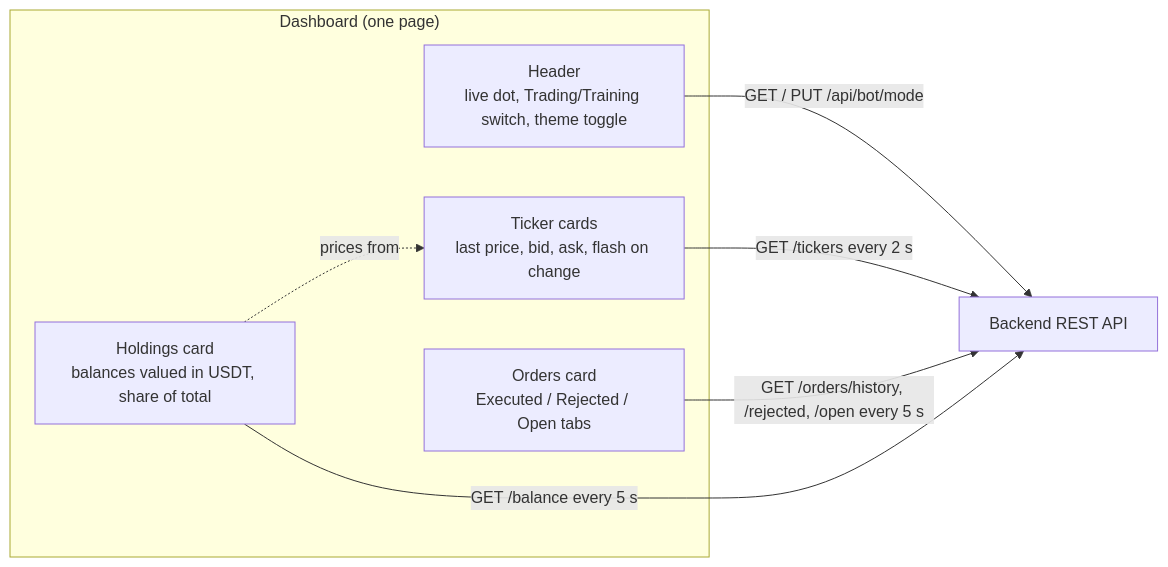
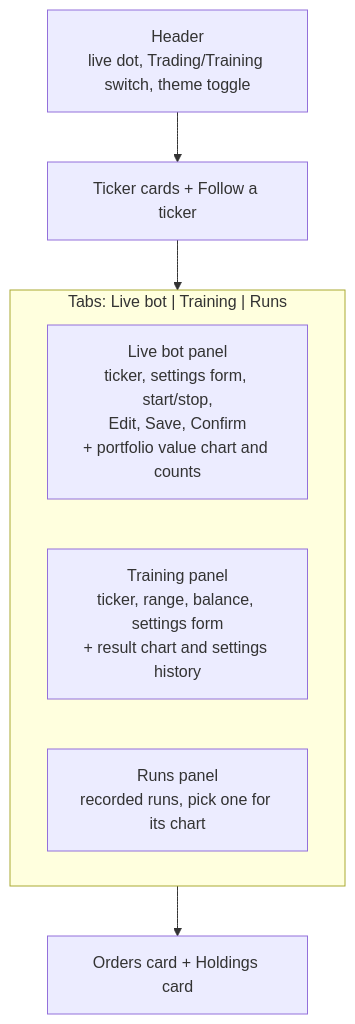
Before and after one commit to ShadowOfDiablo/t212-coding-task: diagram 21 of 29 in docs/ARCHITECTURE.md, drawn with Mermaid. The commit also changed other lines of this file and 43 other files, not shown here.

First line of the commit message:
Feature/dashboard trading controls (#36)

````diff
--- a/docs/ARCHITECTURE.md
+++ b/docs/ARCHITECTURE.md
@@ -968,15 +970,12 @@
 ```mermaid
-flowchart LR
-    subgraph Dashboard["Dashboard (one page)"]
-        Header["Header<br/>live dot, Trading/Training switch, theme toggle"]
-        Tickers["Ticker cards<br/>last price, bid, ask, flash on change"]
-        Orders["Orders card<br/>Executed / Rejected / Open tabs"]
-        Holdings["Holdings card<br/>balances valued in USDT, share of total"]
+flowchart TB
+    Header["Header<br/>live dot, Trading/Training switch, theme toggle"]
+    Tickers["Ticker cards + Follow a ticker"]
+    subgraph Sections["Tabs: Live bot | Training | Runs"]
+        Live["Live bot panel<br/>ticker, settings form, start/stop,<br/>Edit, Save, Confirm<br/>+ portfolio value chart and counts"]
+        Train["Training panel<br/>ticker, range, balance, settings form<br/>+ result chart and settings history"]
+        Runs["Runs panel<br/>recorded runs, pick one for its chart"]
     end
-
-    Header -- "GET / PUT /api/bot/mode" --> Api["Backend REST API"]
-    Tickers -- "GET /tickers every 2 s" --> Api
-    Orders -- "GET /orders/history, /rejected, /open every 5 s" --> Api
-    Holdings -- "GET /balance every 5 s" --> Api
-    Holdings -. "prices from" .-> Tickers
+    Account["Orders card + Holdings card"]
+    Header --> Tickers --> Sections --> Account
 ```
````
